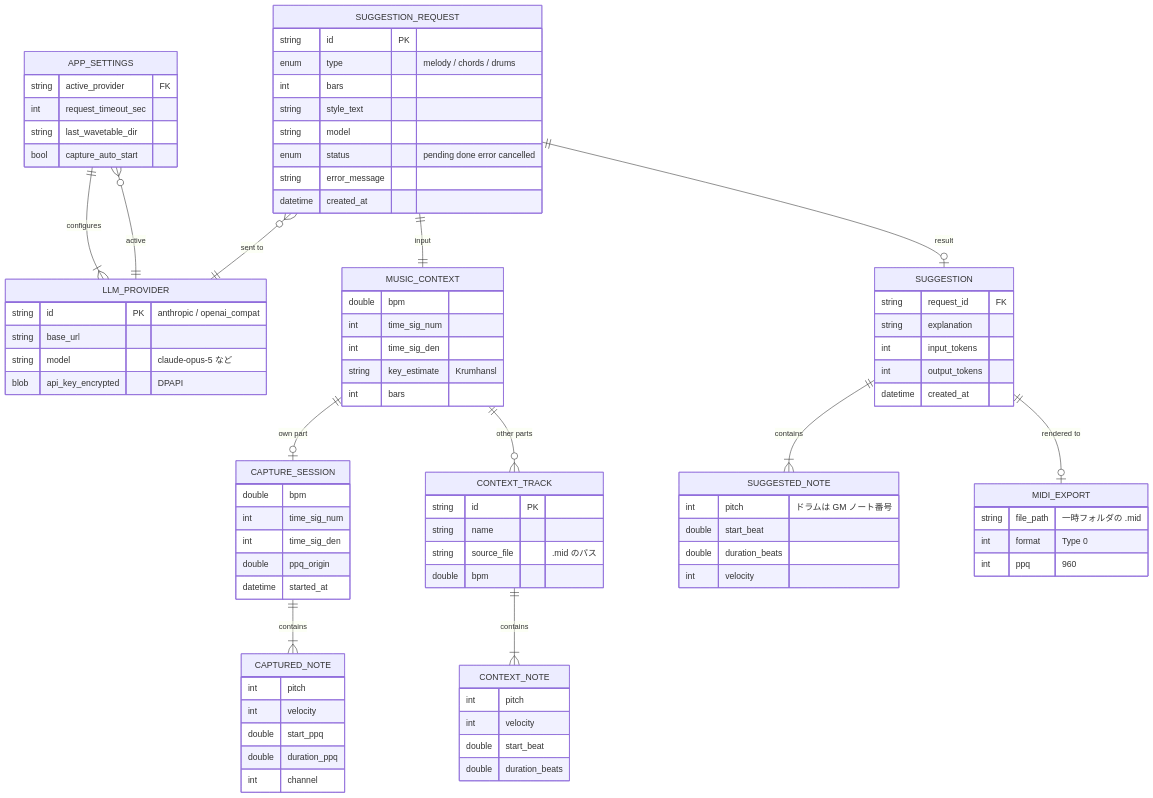
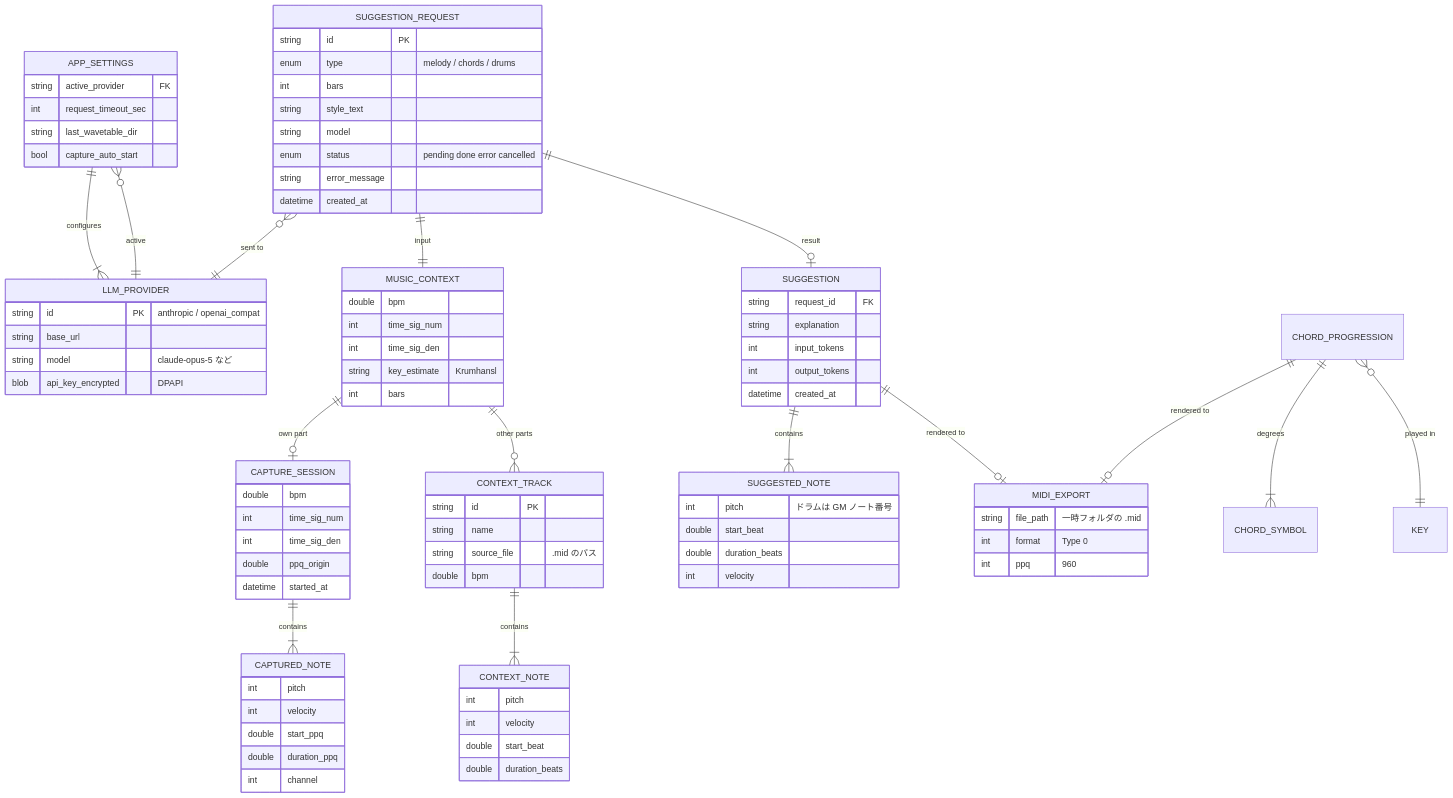
Before and after one commit to kishimon02/Synth_VST: the third of 3 diagrams in docs/ER.md, drawn with Mermaid. The commit also changed other lines of this file and 12 other files, not shown here.

First line of the commit message:
Chord progression library with its own tab

```diff
--- a/docs/ER.md
+++ b/docs/ER.md
@@ -318,6 +319,9 @@
     SUGGESTION_REQUEST ||--o| SUGGESTION : "result"
     SUGGESTION ||--|{ SUGGESTED_NOTE : "contains"
     SUGGESTION ||--o| MIDI_EXPORT : "rendered to"
+    CHORD_PROGRESSION ||--|{ CHORD_SYMBOL : "degrees"
+    CHORD_PROGRESSION ||--o| MIDI_EXPORT : "rendered to"
+    CHORD_PROGRESSION }o--|| KEY : "played in"
 
     APP_SETTINGS {
         string active_provider FK
```
